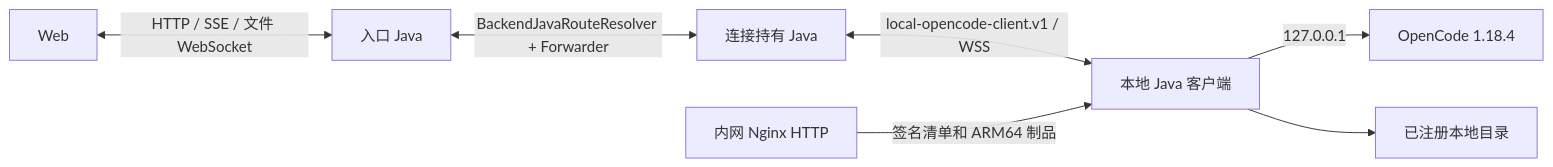
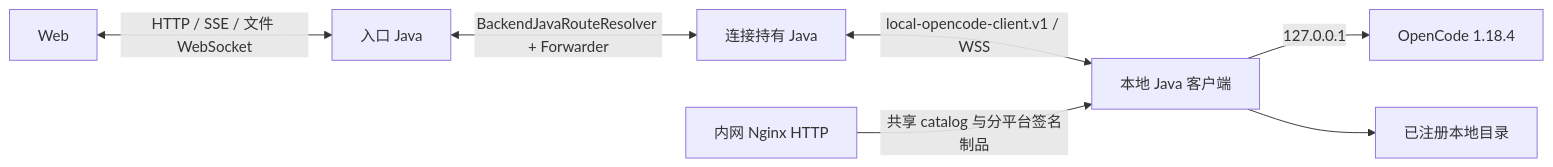
One commit to RKK222/intelligent-test-agent changed the diagram in docs/architecture/local-opencode-client.md. Above: the diagram before and after it, drawn with Mermaid. The commit also changed other lines of this file and 35 other files, not shown here.

````diff
--- a/docs/architecture/local-opencode-client.md
+++ b/docs/architecture/local-opencode-client.md
@@ -10,9 +10,9 @@
 ```mermaid
 flowchart LR
     W["Web"] <-->|"HTTP / SSE / 文件 WebSocket"| B["入口 Java"]
     B <-->|"BackendJavaRouteResolver + Forwarder"| O["连接持有 Java"]
     O <-->|"local-opencode-client.v1 / WSS"| C["本地 Java 客户端"]
     C -->|"127.0.0.1"| OC["OpenCode 1.18.4"]
     C --> FS["已注册本地目录"]
-    N["内网 Nginx HTTP"] -->|"签名清单和 ARM64 制品"| C
+    N["内网 Nginx HTTP"] -->|"共享 catalog 与分平台签名制品"| C
 ```
````
